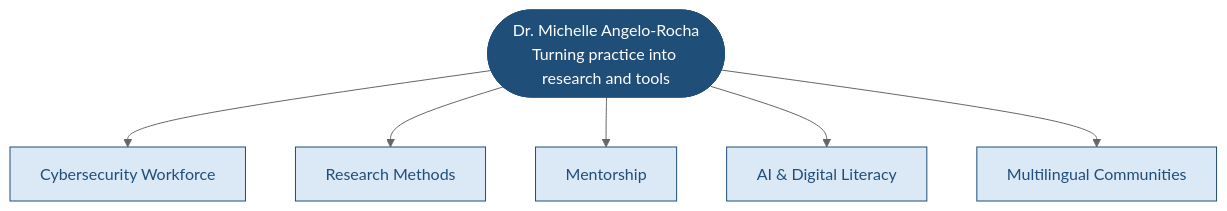
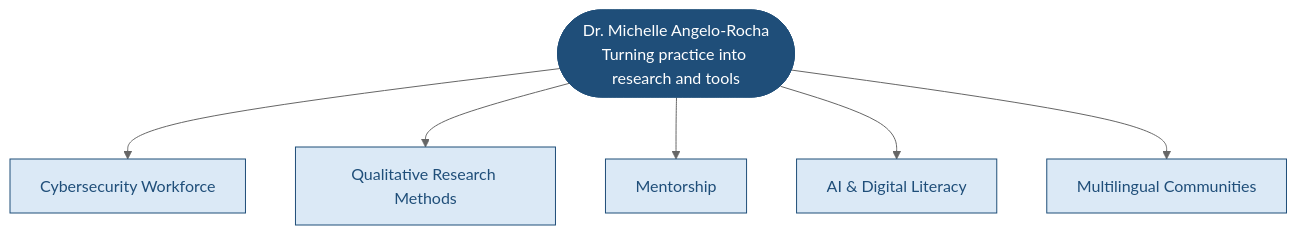
The diagram in README.md (michelleangelorocha/michelleangelorocha), drawn with Mermaid (neutral theme) before and after one commit.

````diff
--- a/README.md
+++ b/README.md
@@ -8,13 +8,13 @@
 ```mermaid
 flowchart TB
     ME(["Dr. Michelle Angelo-Rocha<br/>Turning practice into research and tools"])
     ME --> A["Cybersecurity Workforce"]
-    ME --> B["Research Methods"]
+    ME --> B["Qualitative Research Methods"]
     ME --> M["Mentorship"]
     ME --> C["AI & Digital Literacy"]
     ME --> D["Multilingual Communities"]
     classDef me fill:#1f4e79,color:#ffffff,stroke:#1f4e79
     classDef pillar fill:#dbe9f6,color:#1f4e79,stroke:#1f4e79
     class ME me
     class A,B,M,C,D pillar
 ```
````
